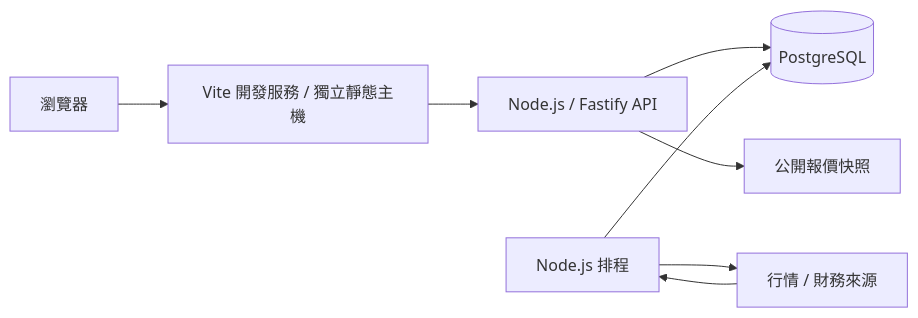
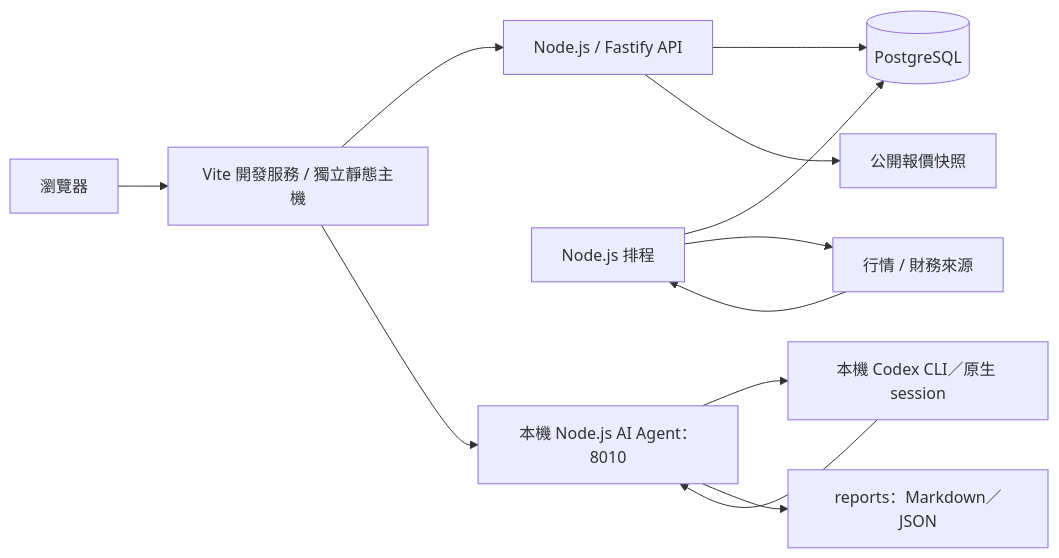
The diagram in README.md (LueZero/TWStock-Coach), drawn with Mermaid before and after one commit. The commit also changed other lines of this file and 48 other files, not shown here.

````diff
--- a/README.md
+++ b/README.md
@@ -144,10 +197,14 @@
 ```mermaid
 flowchart LR
   Browser[瀏覽器] --> Web[Vite 開發服務 / 獨立靜態主機]
   Web --> API[Node.js / Fastify API]
   API --> DB[(PostgreSQL)]
   Scheduler[Node.js 排程] --> DB
   Scheduler --> Sources[行情 / 財務來源]
   Sources --> Scheduler
   API --> Quotes[公開報價快照]
+  Web --> Agent[本機 Node.js AI Agent：8010]
+  Agent --> CLI[本機 Codex CLI／原生 session]
+  CLI --> Agent
+  Agent --> Reports[reports：Markdown／JSON]
 ```
````
